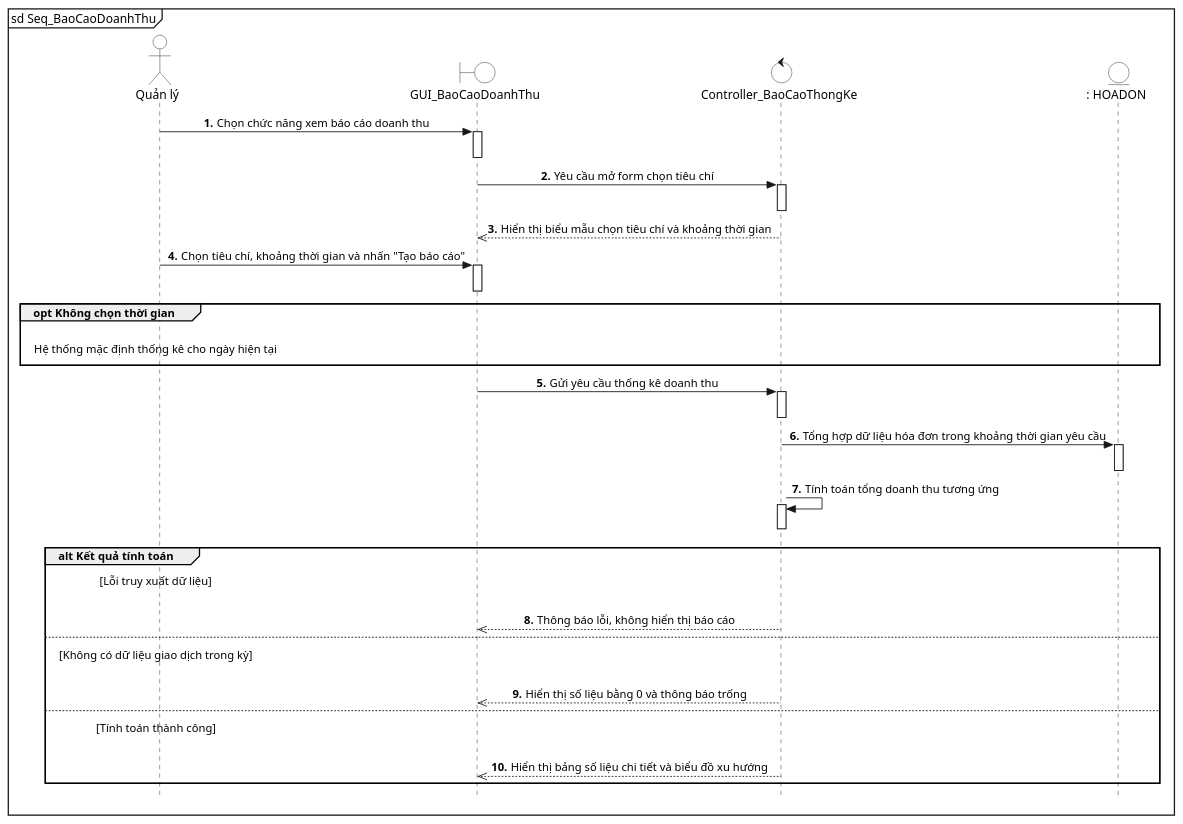
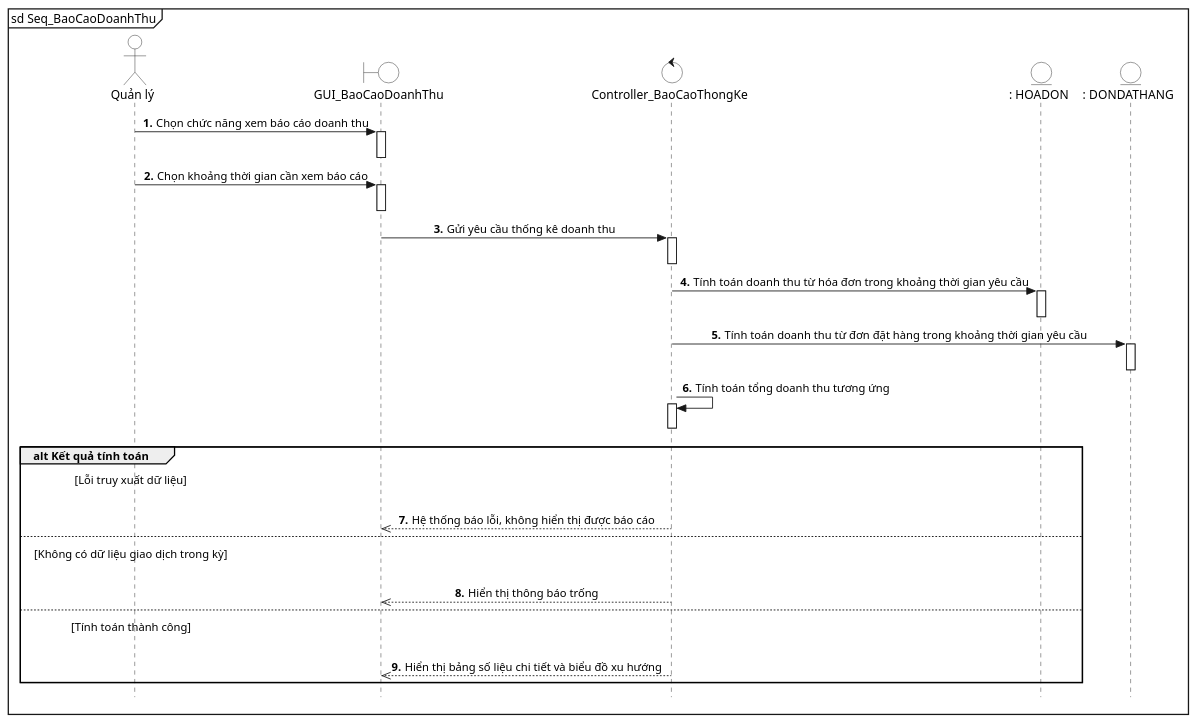
Before and after one commit to lancelotviendangkhoa710/IS-System-Development: the diagram in diagram/sq_Khang/51_BaoCaoDoanhThu.puml, drawn with PlantUML. The commit also changed 4 other files, not shown here.

Commit message:
update: sequence baocaothongke, quanlythuchi

```diff
--- a/diagram/sq_Khang/51_BaoCaoDoanhThu.puml
+++ b/diagram/sq_Khang/51_BaoCaoDoanhThu.puml
@@ -1,68 +1,60 @@
 @startuml BaoCaoDoanhThu
 mainframe sd Seq_BaoCaoDoanhThu
 autonumber "<b>##."
 skinparam sequenceMessageAlign center
 skinparam style strictuml
 
     skinparam noteBackgroundColor transparent
     skinparam noteBorderColor transparent
 
 actor "Quản lý" as QL #White
 boundary "GUI_BaoCaoDoanhThu" as UI #White
 control "Controller_BaoCaoThongKe" as SYS #White
 entity ": HOADON" as DB_HD #White
+entity ": DONDATHANG" as DB_DDH #White
 
 QL -> UI: Chọn chức năng xem báo cáo doanh thu
 activate UI
 deactivate UI
 
-UI -> SYS: Yêu cầu mở form chọn tiêu chí
-activate SYS
-deactivate SYS
-
-SYS -->> UI: Hiển thị biểu mẫu chọn tiêu chí và khoảng thời gian
-
-QL -> UI: Chọn tiêu chí, khoảng thời gian và nhấn "Tạo báo cáo"
+QL -> UI: Chọn khoảng thời gian cần xem báo cáo
 activate UI
 deactivate UI
-
-group opt Không chọn thời gian
-    autonumber stop
-    QL -[hidden]-> DB_HD
-    autonumber resume "<b>##."
-    note over QL: Hệ thống mặc định thống kê cho ngày hiện tại
-end
 
 UI -> SYS: Gửi yêu cầu thống kê doanh thu
 activate SYS
 deactivate SYS
 
-SYS -> DB_HD: Tổng hợp dữ liệu hóa đơn trong khoảng thời gian yêu cầu
+SYS -> DB_HD: Tính toán doanh thu từ hóa đơn trong khoảng thời gian yêu cầu
 activate DB_HD
 deactivate DB_HD
+
+SYS -> DB_DDH: Tính toán doanh thu từ đơn đặt hàng trong khoảng thời gian yêu cầu
+activate DB_DDH
+deactivate DB_DDH
 
 SYS -> SYS: Tính toán tổng doanh thu tương ứng
 activate SYS
 deactivate SYS
 
 group alt Kết quả tính toán
-    note over of QL: [Lỗi truy xuất dữ liệu]
+    note over QL: [Lỗi truy xuất dữ liệu]
     autonumber stop
     QL -[hidden]-> DB_HD
     autonumber resume "<b>##."
-    SYS -->> UI: Thông báo lỗi, không hiển thị báo cáo
+    SYS -->> UI: Hệ thống báo lỗi, không hiển thị được báo cáo
 else 
-    note over of QL: [Không có dữ liệu giao dịch trong kỳ]
+    note over QL: [Không có dữ liệu giao dịch trong kỳ]
     autonumber stop
     QL -[hidden]-> DB_HD
     autonumber resume "<b>##."
-    SYS -->> UI: Hiển thị số liệu bằng 0 và thông báo trống
+    SYS -->> UI: Hiển thị thông báo trống
 else 
-    note over of QL: [Tính toán thành công]
+    note over QL: [Tính toán thành công]
     autonumber stop
     QL -[hidden]-> DB_HD
     autonumber resume "<b>##."
     SYS -->> UI: Hiển thị bảng số liệu chi tiết và biểu đồ xu hướng
 end
 
 @enduml
```
